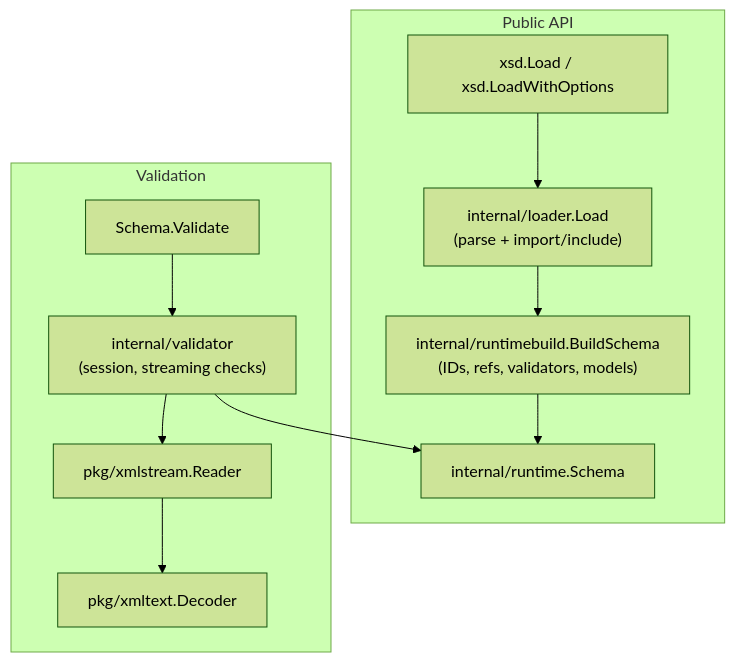
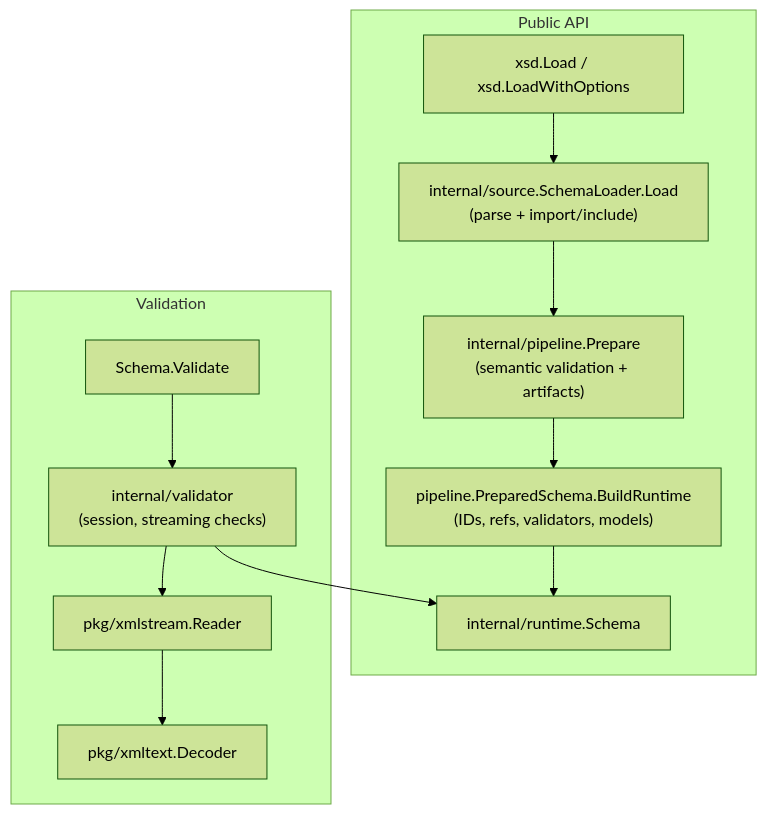
The second of 5 diagrams in docs/architecture.md (jacoelho/xsd), drawn with Mermaid (forest theme) before and after one commit. The commit also changed other lines of this file, not shown here.

Commit message:
docs: update architecture phases and boundaries

````diff
--- a/docs/architecture.md
+++ b/docs/architecture.md
@@ -46,12 +47,12 @@
 ```mermaid
 flowchart TD
   subgraph PublicAPI["Public API"]
-    Load["xsd.Load / xsd.LoadWithOptions"] --> Loader["internal/loader.Load<br/>(parse + import/include)"] --> Build["internal/runtimebuild.BuildSchema<br/>(IDs, refs, validators, models)"] --> Runtime["internal/runtime.Schema"]
+    Load["xsd.Load / xsd.LoadWithOptions"] --> Loader["internal/source.SchemaLoader.Load<br/>(parse + import/include)"] --> Prepare["internal/pipeline.Prepare<br/>(semantic validation + artifacts)"] --> Build["pipeline.PreparedSchema.BuildRuntime<br/>(IDs, refs, validators, models)"] --> Runtime["internal/runtime.Schema"]
   end
   subgraph Validation
     Validate["Schema.Validate"] --> ValidatorPkg["internal/validator<br/>(session, streaming checks)"]
     ValidatorPkg --> Runtime
     ValidatorPkg --> XMLPkg["pkg/xmlstream.Reader"]
     XMLPkg --> XMLText["pkg/xmltext.Decoder"]
   end
 ```
````
